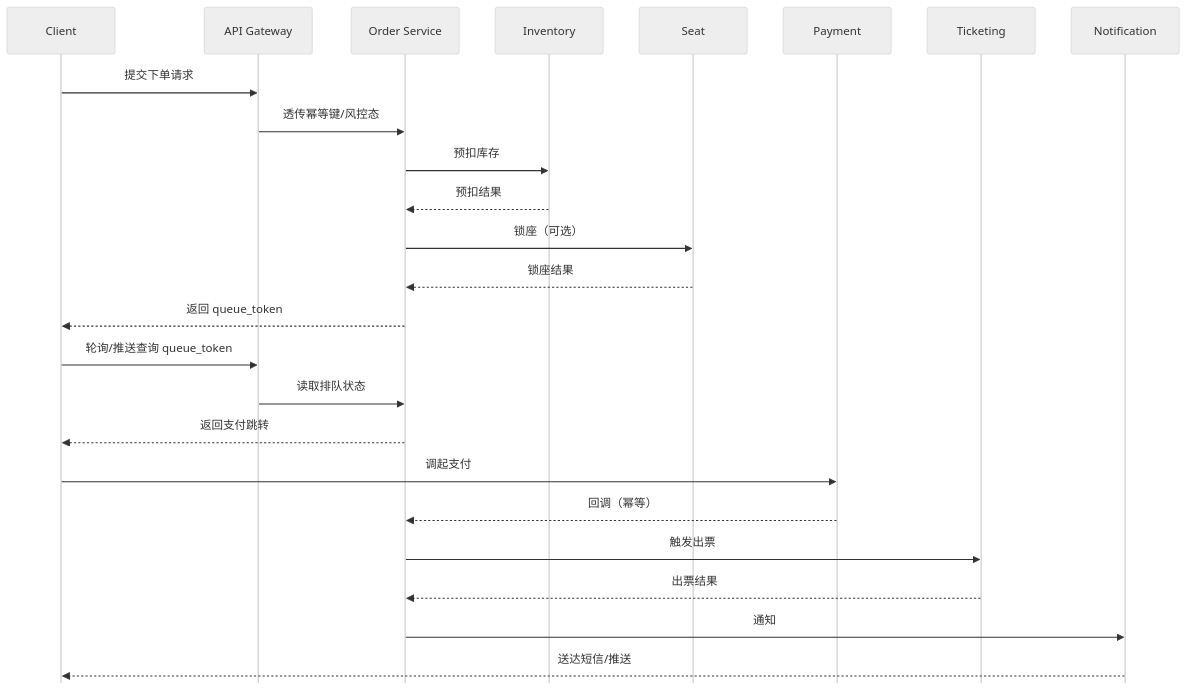
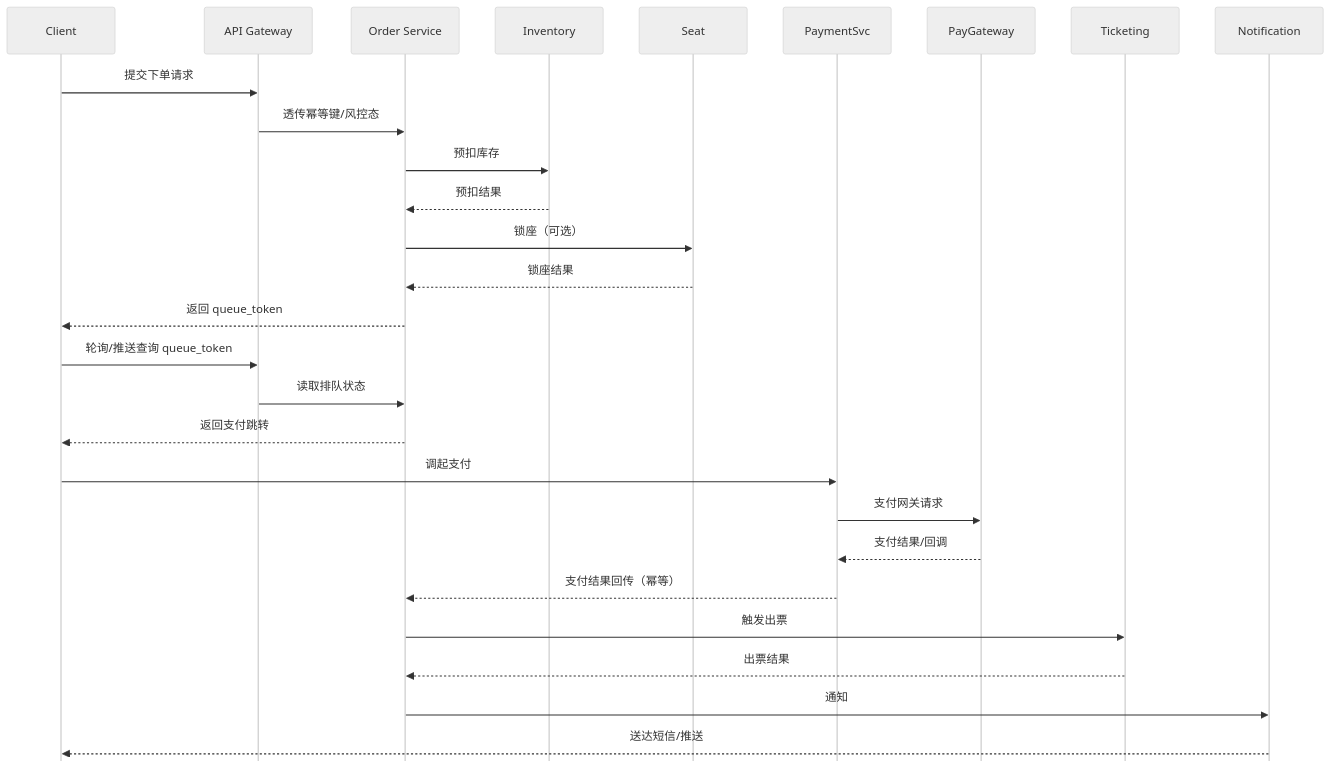
One commit to nextnine/12306 changed the fourth of 5 diagrams in 12306/architectural_design_v2.md. Above: the diagram before and after it, drawn with Mermaid. The commit also changed other lines of this file and 1 other file, not shown here.

Commit message:
Align payment flows and amount types across docs

````diff
--- a/12306/architectural_design_v2.md
+++ b/12306/architectural_design_v2.md
@@ -354,28 +282,31 @@
 ```mermaid
 %%{init: {'theme':'neutral','sequence':{'mirrorActors':false,'rightAngles':true}}}%%
 sequenceDiagram
     participant C as Client
     participant GW as API Gateway
     participant O as Order Service
     participant I as Inventory
     participant S as Seat
-    participant P as Payment
+    participant PS as PaymentSvc
+    participant PG as PayGateway
     participant T as Ticketing
     participant N as Notification
     C->>GW: 提交下单请求
     GW->>O: 透传幂等键/风控态
     O->>I: 预扣库存
     I-->>O: 预扣结果
     O->>S: 锁座（可选）
     S-->>O: 锁座结果
     O-->>C: 返回 queue_token
     C->>GW: 轮询/推送查询 queue_token
     GW->>O: 读取排队状态
     O-->>C: 返回支付跳转
-    C->>P: 调起支付
-    P-->>O: 回调（幂等）
+    C->>PS: 调起支付
+    PS->>PG: 支付网关请求
+    PG-->>PS: 支付结果/回调
+    PS-->>O: 支付结果回传（幂等）
     O->>T: 触发出票
     T-->>O: 出票结果
     O->>N: 通知
     N-->>C: 送达短信/推送
 ```
````
